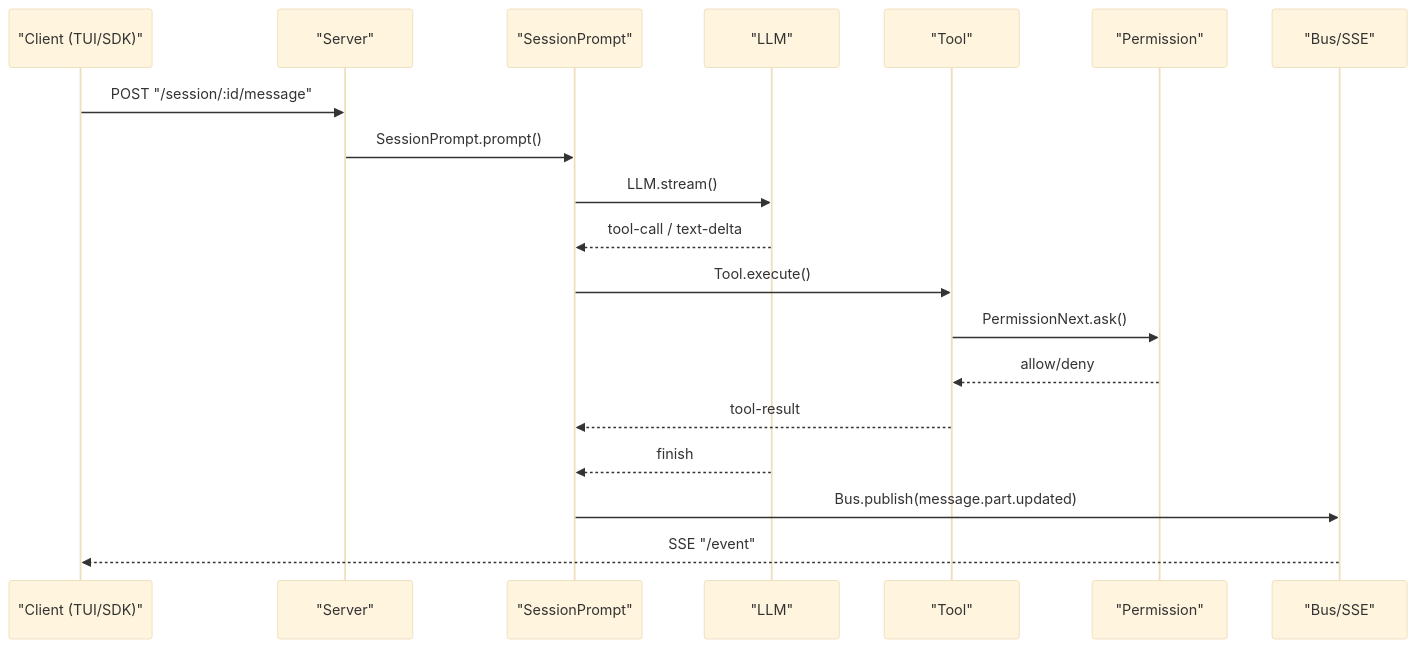
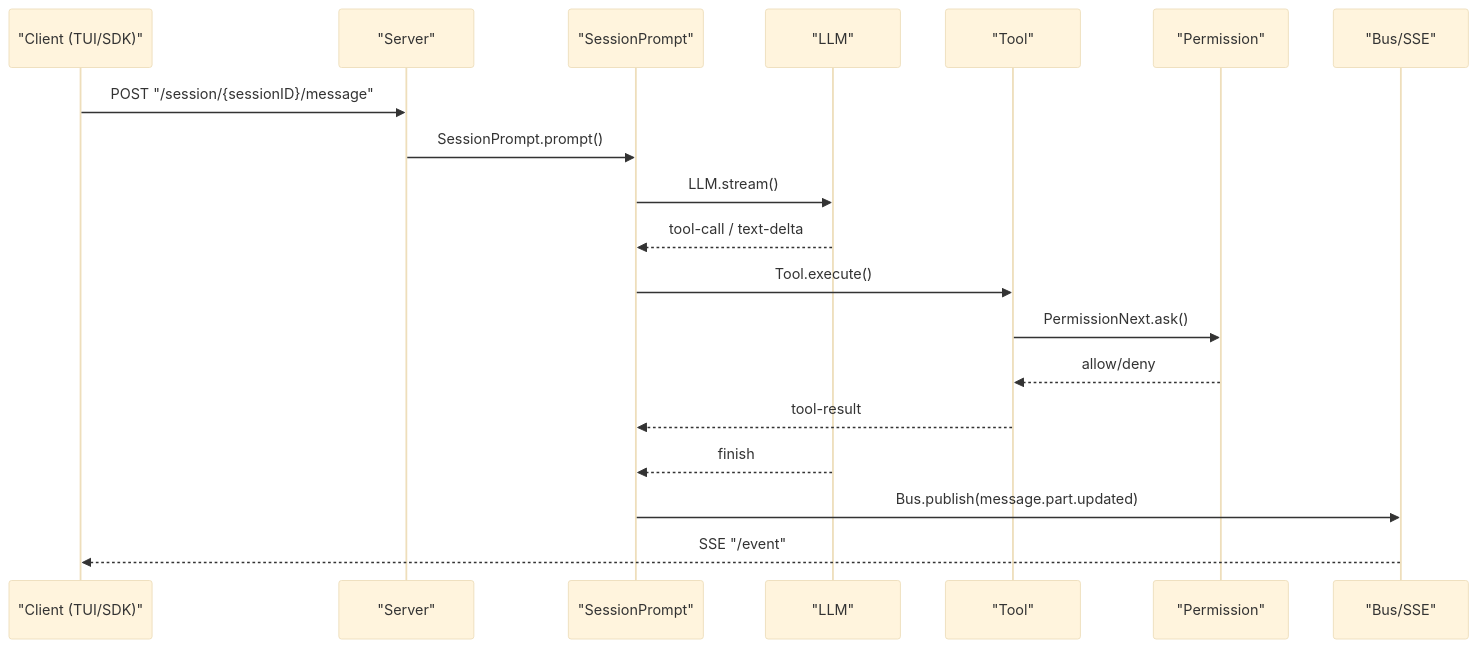
The second of 2 diagrams in docs/api/structure.md (waaall/opencode-agent), drawn with Mermaid (base theme) before and after one commit. The commit also changed other lines of this file and 7 other files, not shown here.

````diff
--- a/docs/api/structure.md
+++ b/docs/api/structure.md
@@ -219,22 +219,22 @@
 ```mermaid
 sequenceDiagram
   participant UI as "Client (TUI/SDK)"
   participant S as "Server"
   participant SP as "SessionPrompt"
   participant L as "LLM"
   participant T as "Tool"
   participant P as "Permission"
   participant B as "Bus/SSE"
 
-  UI->>S: POST "/session/:id/message"
+  UI->>S: POST "/session/{sessionID}/message"
   S->>SP: SessionPrompt.prompt()
   SP->>L: LLM.stream()
   L-->>SP: tool-call / text-delta
   SP->>T: Tool.execute()
   T->>P: PermissionNext.ask()
   P-->>T: allow/deny
   T-->>SP: tool-result
   L-->>SP: finish
   SP->>B: Bus.publish(message.part.updated)
   B-->>UI: SSE "/event"
 ```
````
